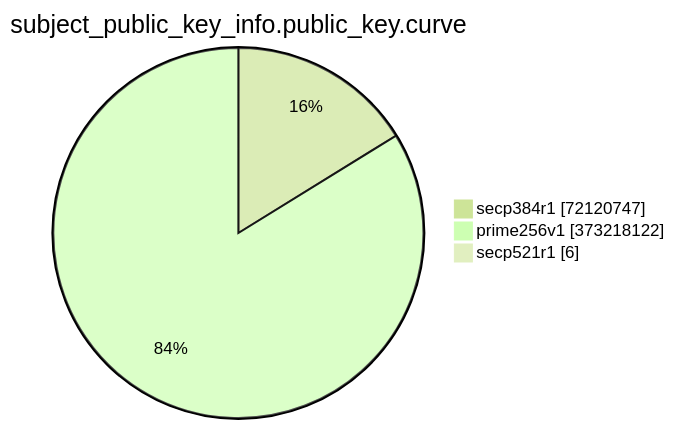
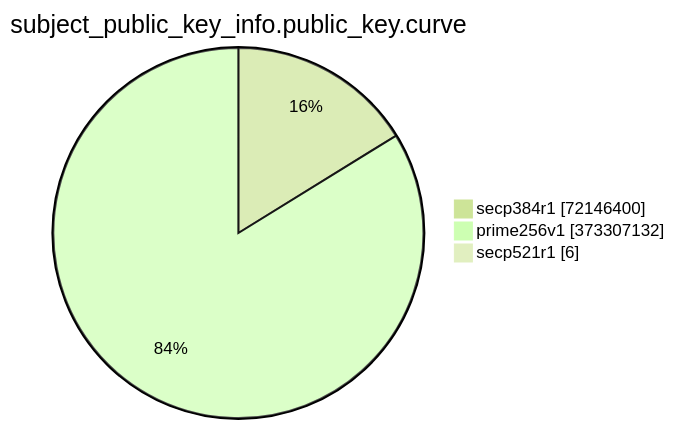
One commit to christiankrug/ctmonitor_visualization changed the eighth of 15 diagrams in TOTAL/README.md. Above: the diagram before and after it, drawn with Mermaid (forest theme). The commit also changed other lines of this file, not shown here.

````diff
--- a/TOTAL/README.md
+++ b/TOTAL/README.md
@@ -3094,7 +3094,7 @@
 ```mermaid
 pie showData
 title subject_public_key_info.public_key.curve
-"secp384r1" :72120747
-"prime256v1" :373218122
+"secp384r1" :72146400
+"prime256v1" :373307132
 "secp521r1" :6
 ```
````
